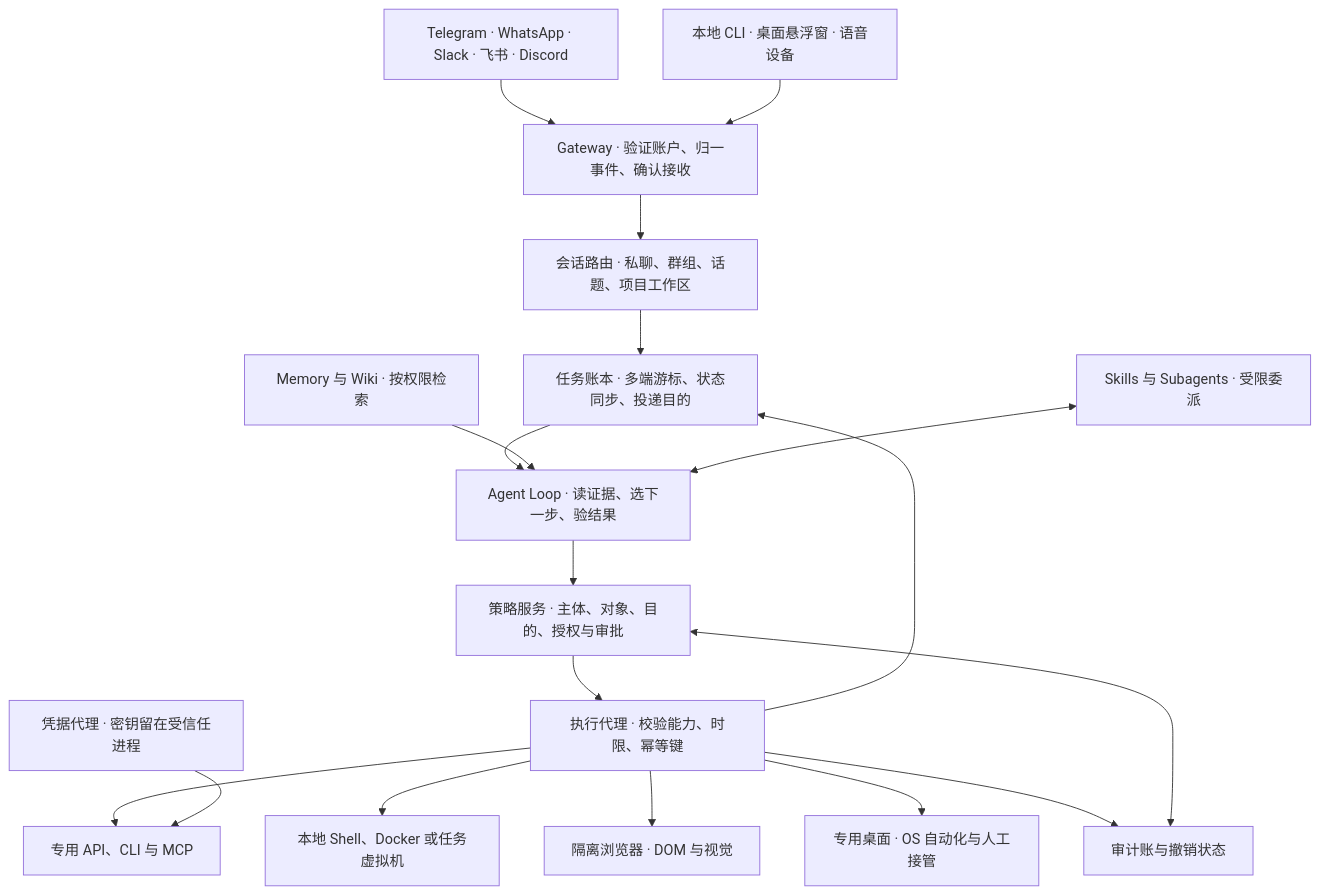
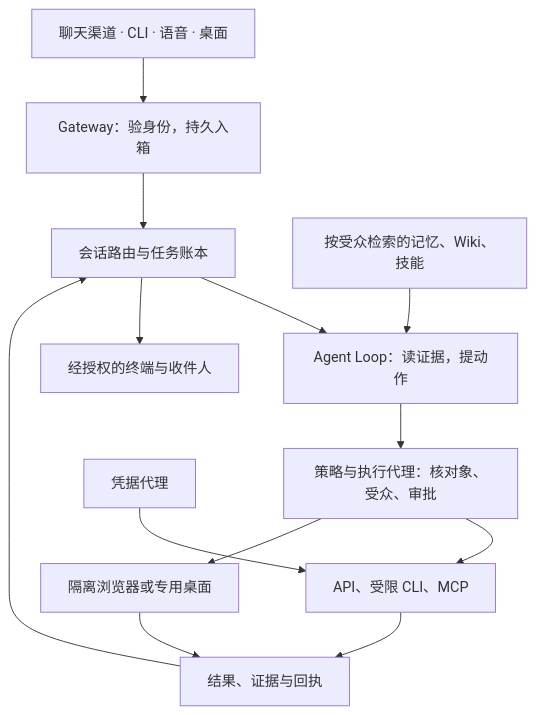
One commit to echonoshy/agent-engineering-handbook changed the diagram in 06-proactive-and-personal-agent/02-personal-agent-fullstack-architecture.md. Above: the diagram before and after it, drawn with Mermaid. The commit also changed other lines of this file and 21 other files, not shown here.

````diff
--- a/06-proactive-and-personal-agent/02-personal-agent-fullstack-architecture.md
+++ b/06-proactive-and-personal-agent/02-personal-agent-fullstack-architecture.md
@@ -11,20 +7,15 @@
 ```mermaid
-flowchart TB
-    C["Telegram · WhatsApp · Slack · 飞书 · Discord"] --> G["Gateway · 验证账户、归一事件、确认接收"]
-    D["本地 CLI · 桌面悬浮窗 · 语音设备"] --> G
-    G --> R["会话路由 · 私聊、群组、话题、项目工作区"]
-    R --> J["任务账本 · 多端游标、状态同步、投递目的"]
-    J --> A["Agent Loop · 读证据、选下一步、验结果"]
-    M["Memory 与 Wiki · 按权限检索"] --> A
-    K["Skills 与 Subagents · 受限委派"] <--> A
-    A --> P["策略服务 · 主体、对象、目的、授权与审批"]
-    P --> T["执行代理 · 校验能力、时限、幂等键"]
-    T --> B["专用 API、CLI 与 MCP"]
-    T --> S["本地 Shell、Docker 或任务虚拟机"]
-    T --> W["隔离浏览器 · DOM 与视觉"]
-    T --> O["专用桌面 · OS 自动化与人工接管"]
-    V["凭据代理 · 密钥留在受信任进程"] --> B
-    H["审计账与撤销状态"] <--> P
-    T --> H
-    T --> J
+flowchart TD
+    C["聊天渠道 · CLI · 语音 · 桌面"] --> G["Gateway：验身份，持久入箱"]
+    G --> J["会话路由与任务账本"]
+    J --> A["Agent Loop：读证据，提动作"]
+    M["按受众检索的记忆、Wiki、技能"] --> A
+    A --> P["策略与执行代理：核对象、受众、审批"]
+    P --> T["API、受限 CLI、MCP"]
+    P --> B["隔离浏览器或专用桌面"]
+    V["凭据代理"] --> T
+    T --> R["结果、证据与回执"]
+    B --> R
+    R --> J
+    J --> D["经授权的终端与收件人"]
 ```
````
